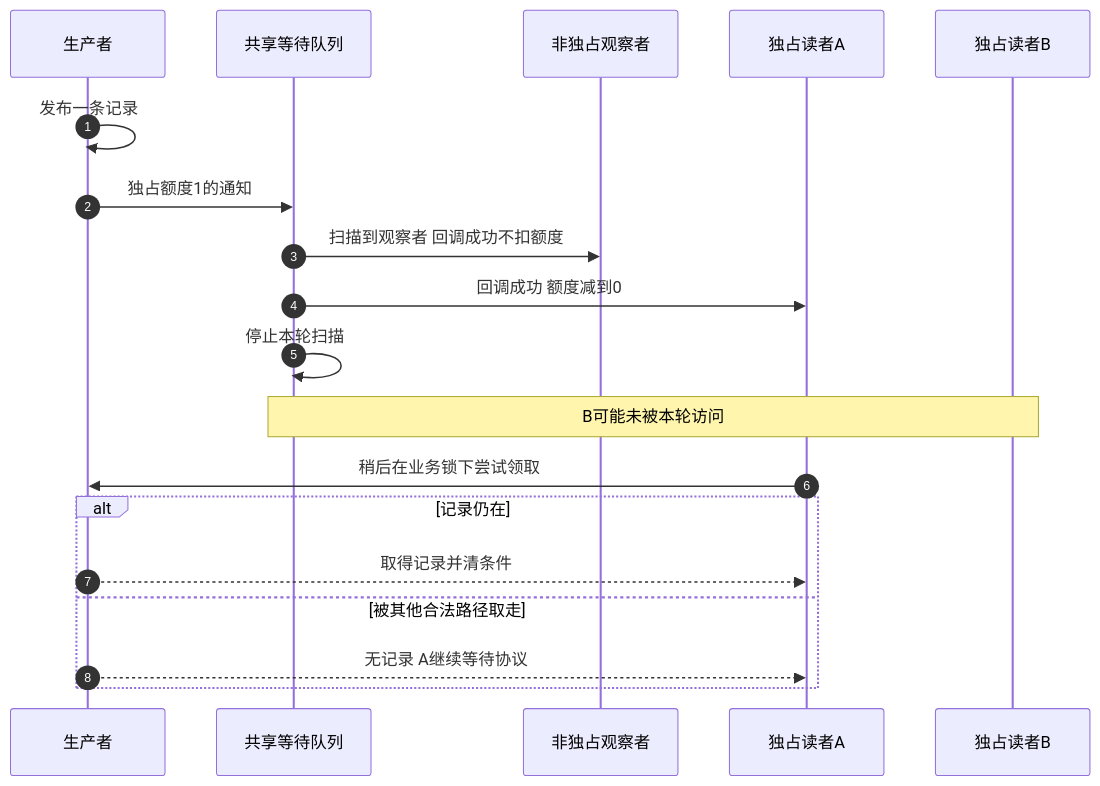
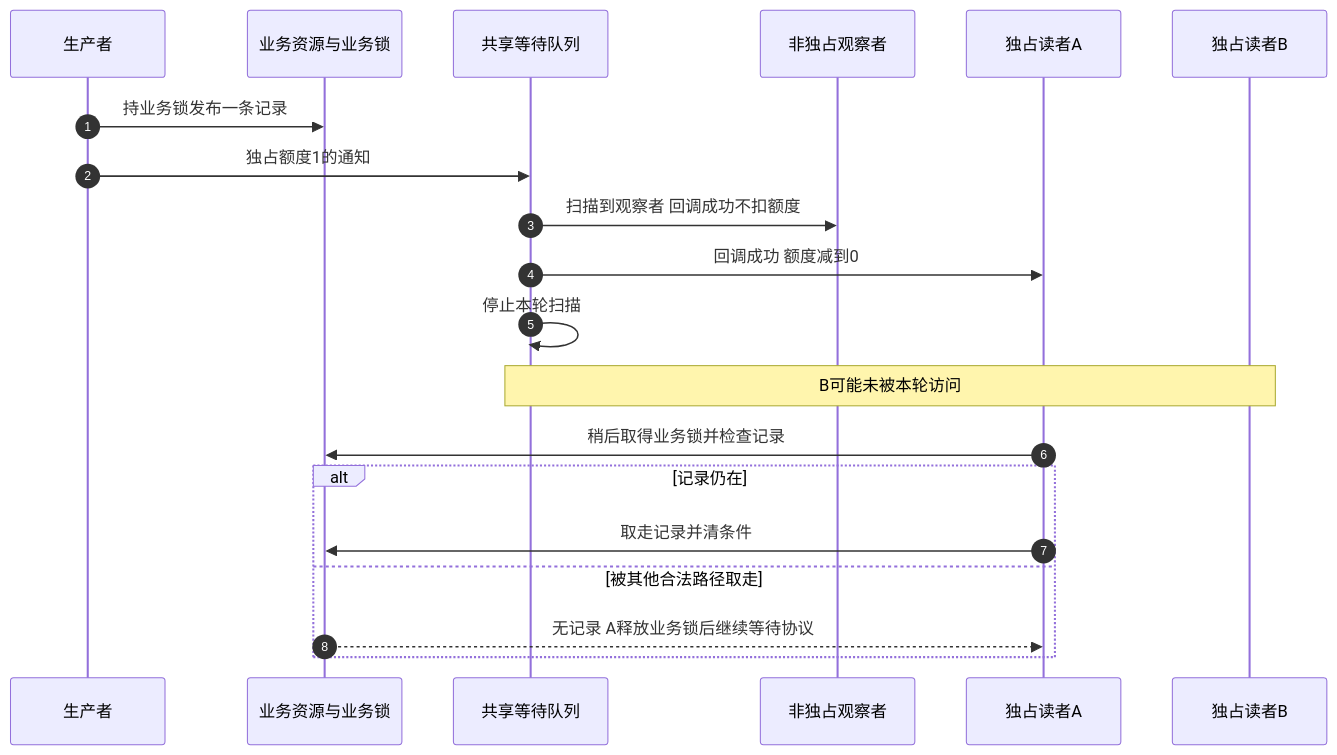
Before and after one commit to FormingSystem/linux_note: the second of 3 diagrams in knowledge/linux/synchronization_and_asynchrony/synchronization/waiting_notification/P05_独占等待批量唤醒与公平性.md, drawn with Mermaid. The commit also changed other lines of this file and 5 other files, not shown here.

````diff
--- a/knowledge/linux/synchronization_and_asynchrony/synchronization/waiting_notification/P05_独占等待批量唤醒与公平性.md
+++ b/knowledge/linux/synchronization_and_asynchrony/synchronization/waiting_notification/P05_独占等待批量唤醒与公平性.md
@@ -48,21 +48,22 @@
 ```mermaid
 sequenceDiagram
     autonumber
     participant P as 生产者
+    participant R as 业务资源与业务锁
     participant Q as 共享等待队列
     participant O as 非独占观察者
     participant A as 独占读者A
     participant B as 独占读者B
-    P->>P: 发布一条记录
+    P->>R: 持业务锁发布一条记录
     P->>Q: 独占额度1的通知
     Q->>O: 扫描到观察者 回调成功不扣额度
     Q->>A: 回调成功 额度减到0
     Q->>Q: 停止本轮扫描
     Note over Q,B: B可能未被本轮访问
-    A->>P: 稍后在业务锁下尝试领取
+    A->>R: 稍后取得业务锁并检查记录
     alt 记录仍在
-        P-->>A: 取得记录并清条件
+        A->>R: 取走记录并清条件
     else 被其他合法路径取走
-        P-->>A: 无记录 A继续等待协议
+        R-->>A: 无记录 A释放业务锁后继续等待协议
     end
 ```
````
